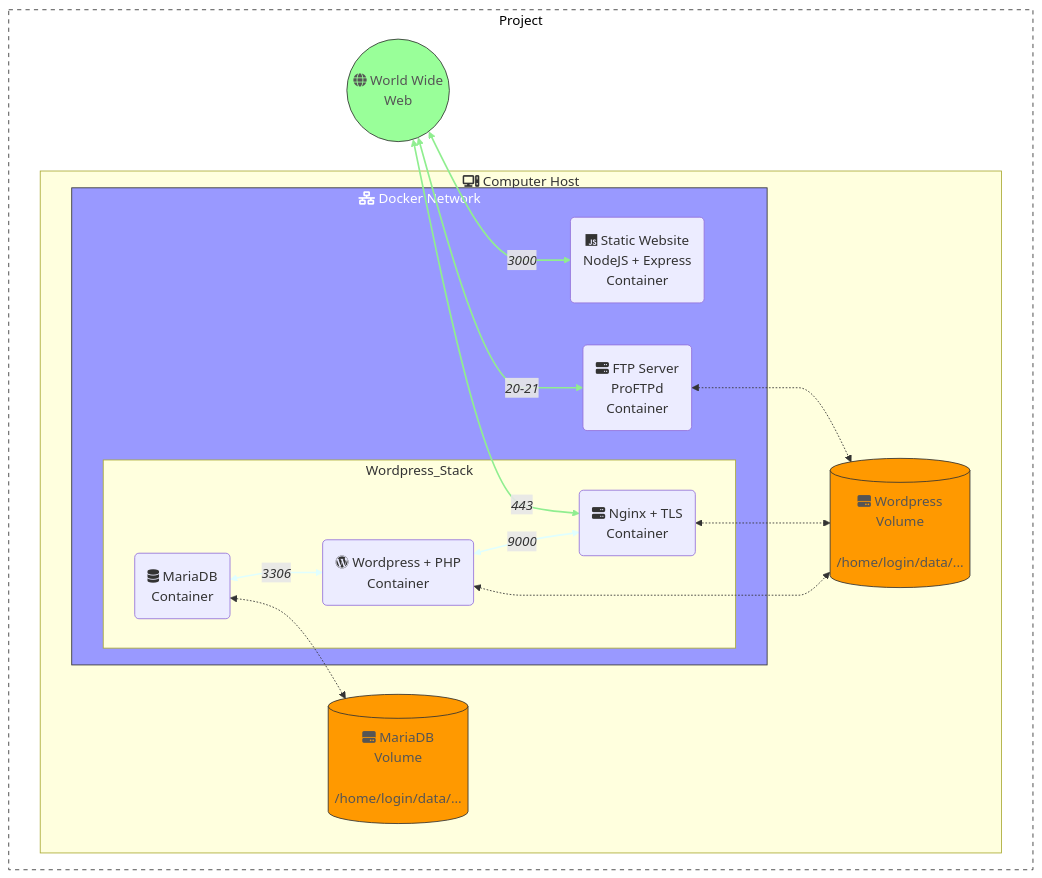
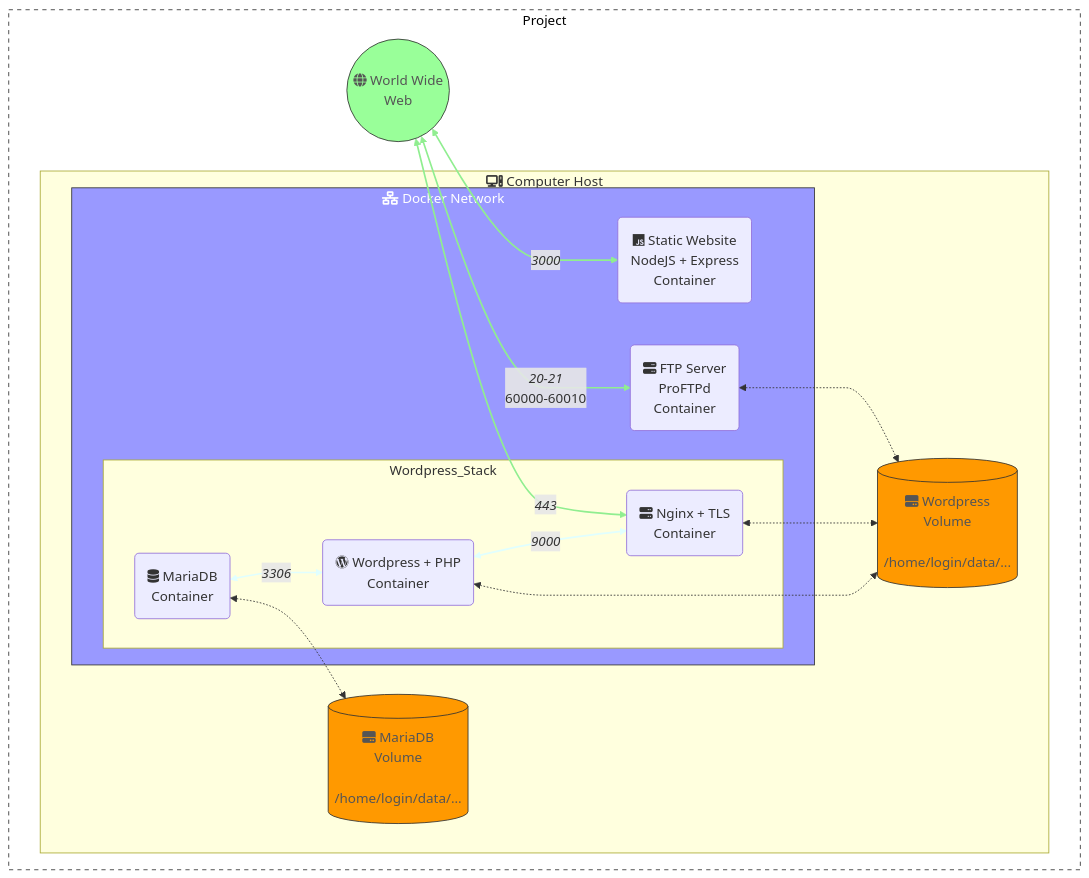
The fourth of 4 diagrams in Projects/Inception/README.md (Tablerase/42_Projects), drawn with Mermaid before and after one commit.

Commit message:
docs: add ftp passive ports

````diff
--- a/Projects/Inception/README.md
+++ b/Projects/Inception/README.md
@@ -238,55 +238,56 @@
 ```mermaid
 %%{ init: { 'flowchart': { 'curve': 'monotoneX' } } }%%
 graph TD
   direction TB
   classDef black fill:#000,stroke:#333,stroke-width:1px;
   classDef white fill:#fff,color:#555,stroke:#333,stroke-width:1px;
   classDef white_border fill:#fff,color:#000,stroke:#333,stroke-width:1px, stroke-dasharray: 5, 5;
   classDef green fill:#0f0,color:#555,stroke:#333,stroke-width:1px;
   classDef lightblue fill:#99f,color:#fff,stroke:#333,stroke-width:1px;
   classDef lightgreen fill:#9f9,color:#555,stroke:#333,stroke-width:1px;
   classDef lightred fill:#f99,color:#555,stroke:#333,stroke-width:1px;
   classDef lightyellow fill:#ff9,color:#555,stroke:#333,stroke-width:1px;
   classDef lightorange fill:#f90,color:#555,stroke:#333,stroke-width:1px;
   classDef lightpurple fill:#f0f,color:#555,stroke:#333,stroke-width:1px;
   classDef lightcyan fill:#9ff,color:#555,stroke:#333,stroke-width:1px;
   classDef lightpink fill:#f9f,color:#555,stroke:#333,stroke-width:1px;
   classDef lightbrown fill:#963,color:#555,stroke:#333,stroke-width:1px;
   classDef lightgrey fill:#999,color:#555,stroke:#333,stroke-width:1px;
   classDef lightblack fill:#000,stroke:#333,stroke-width:1px;
   classDef lightwhite fill:#fff,color:#555,stroke:#333,stroke-width:1px;
 
   Project:::white_border
   subgraph Project
     direction LR
     WorldWideWeb <-->|"`*443*`"| Nginx
     WorldWideWeb((fa:fa-globe World Wide\nWeb)):::lightgreen
     WorldWideWeb <-->|"`*3000*`"| Static_Website
-    WorldWideWeb <-->|"`*20-21*`"| FTP_Server
+    WorldWideWeb <-->|"`*20-21*
+    60000-60010`"| FTP_Server
 
     subgraph Computer_Host["fas:fa-computer Computer Host"]
       Docker_Network:::lightblue
 
       subgraph Docker_Network["fas:fa-network-wired Docker Network"]
         subgraph Wordpress_Stack
           MariaDB("fa:fa-database MariaDB\nContainer")
           Wordpress("fab:fa-wordpress Wordpress + PHP\nContainer")
           Nginx("fa:fa-server Nginx + TLS\nContainer")
           MariaDB <-->|"`*3306*`"| Wordpress <-->|"`*9000*`"| Nginx
         end
         Static_Website("fab:fa-js Static Website\nNodeJS + Express\nContainer")
         FTP_Server("fa:fa-server FTP Server\nProFTPd\nContainer")
       end
 
     Volume_MariaDB[("fas:fa-hdd MariaDB\nVolume\n\n/home/login/data/...")]:::lightorange
     Volume_Wordpress[("fas:fa-hdd Wordpress\nVolume\n\n/home/login/data/...")]:::lightorange
     MariaDB <-.-> Volume_MariaDB
     Wordpress <-.-> Volume_Wordpress
     Nginx <-.-> Volume_Wordpress
     FTP_Server <-.-> Volume_Wordpress
     end
   end
 
   linkStyle 0,1,2 stroke:lightgreen,stroke-width:2px;
   linkStyle 3,4 stroke:lightcyan,stroke-width:2px;
 ```
````
